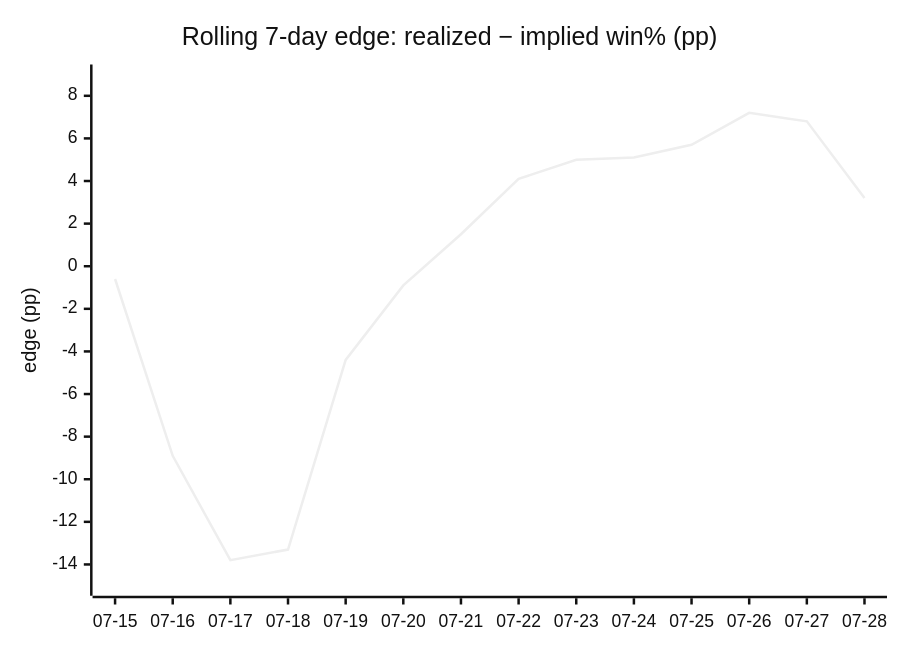
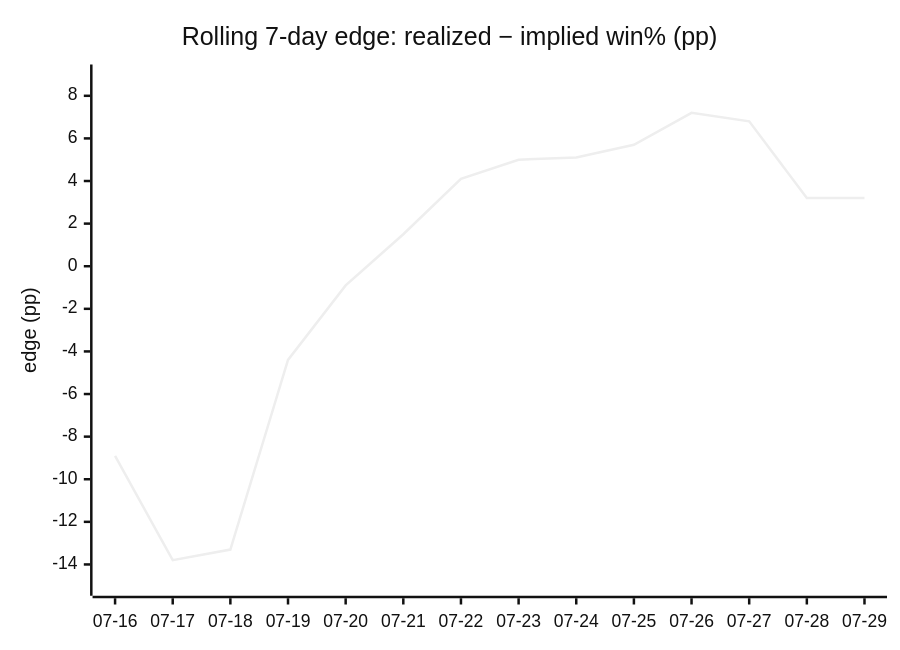
The fourth of 4 diagrams in DAILY_AGSU_REPORT.md (dpk1212/nhl-savant), drawn with Mermaid (neutral theme) before and after one commit. The commit also changed other lines of this file, not shown here.

````diff
--- a/DAILY_AGSU_REPORT.md
+++ b/DAILY_AGSU_REPORT.md
@@ -726,7 +717,7 @@
 ```mermaid
 xychart-beta
     title "Rolling 7-day edge: realized − implied win% (pp)"
-    x-axis ["07-15", "07-16", "07-17", "07-18", "07-19", "07-20", "07-21", "07-22", "07-23", "07-24", "07-25", "07-26", "07-27", "07-28"]
+    x-axis ["07-16", "07-17", "07-18", "07-19", "07-20", "07-21", "07-22", "07-23", "07-24", "07-25", "07-26", "07-27", "07-28", "07-29"]
     y-axis "edge (pp)" -15 --> 9
-    line [-0.6, -8.9, -13.8, -13.3, -4.4, -0.9, 1.5, 4.1, 5, 5.1, 5.7, 7.2, 6.8, 3.2]
+    line [-8.9, -13.8, -13.3, -4.4, -0.9, 1.5, 4.1, 5, 5.1, 5.7, 7.2, 6.8, 3.2, 3.2]
 ```
````
